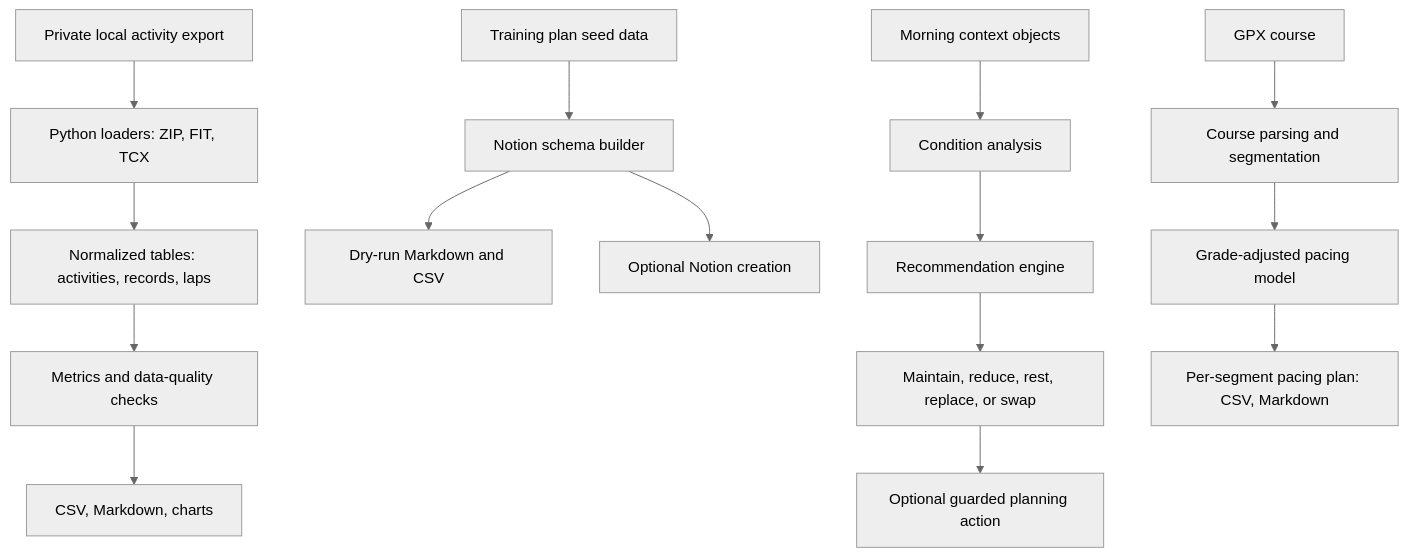
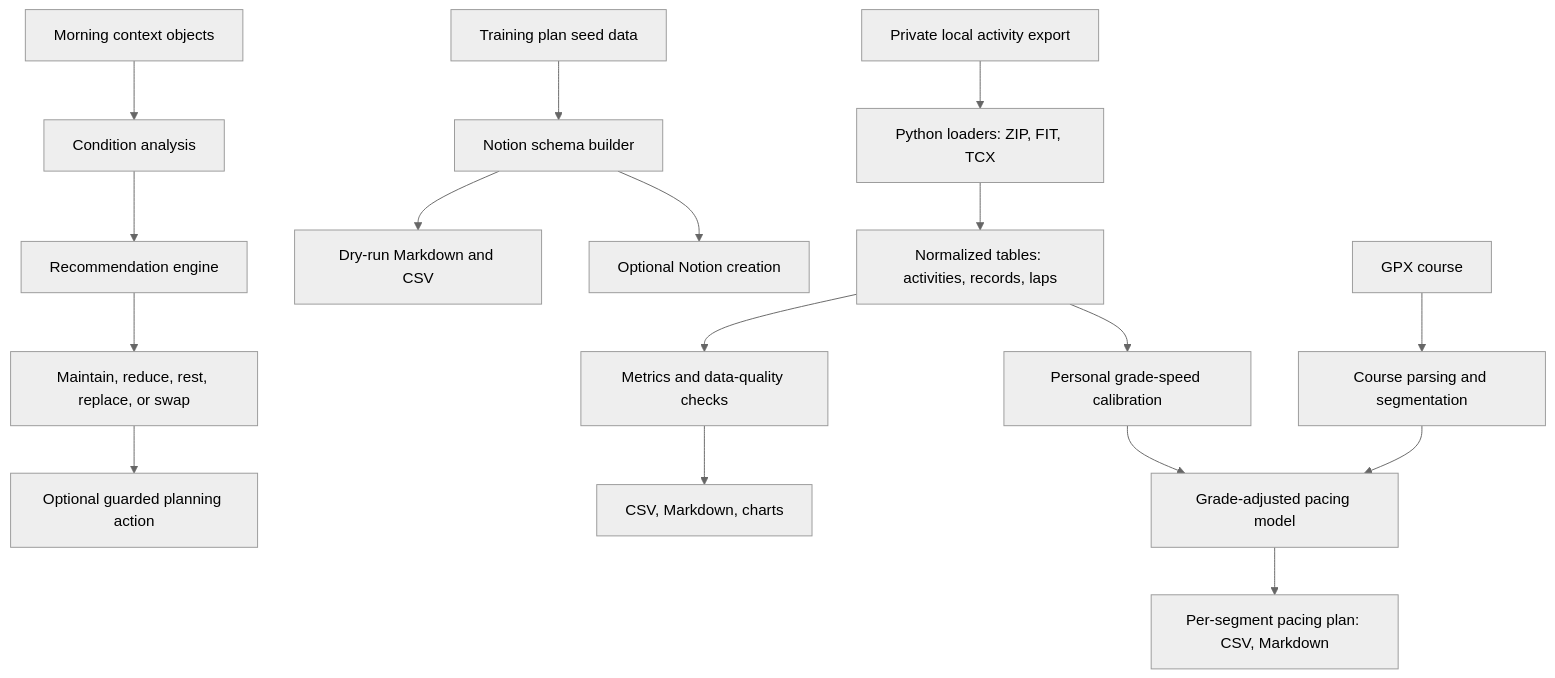
One commit to fredbred/trail-training-intelligence changed the diagram in docs/architecture.md. Above: the diagram before and after it, drawn with Mermaid (neutral theme). The commit also changed other lines of this file and 6 other files, not shown here.

````diff
--- a/docs/architecture.md
+++ b/docs/architecture.md
@@ -5,20 +5,23 @@
 ```mermaid
 flowchart TD
   A["Private local activity export"] --> B["Python loaders: ZIP, FIT, TCX"]
   B --> C["Normalized tables: activities, records, laps"]
   C --> D["Metrics and data-quality checks"]
   D --> E["CSV, Markdown, charts"]
 
   F["Training plan seed data"] --> G["Notion schema builder"]
   G --> H["Dry-run Markdown and CSV"]
   G --> I["Optional Notion creation"]
 
   J["Morning context objects"] --> K["Condition analysis"]
   K --> L["Recommendation engine"]
   L --> M["Maintain, reduce, rest, replace, or swap"]
   M --> N["Optional guarded planning action"]
 
   O["GPX course"] --> P["Course parsing and segmentation"]
   P --> Q["Grade-adjusted pacing model"]
   Q --> R["Per-segment pacing plan: CSV, Markdown"]
+
+  C --> S["Personal grade-speed calibration"]
+  S --> Q
 ```
````
